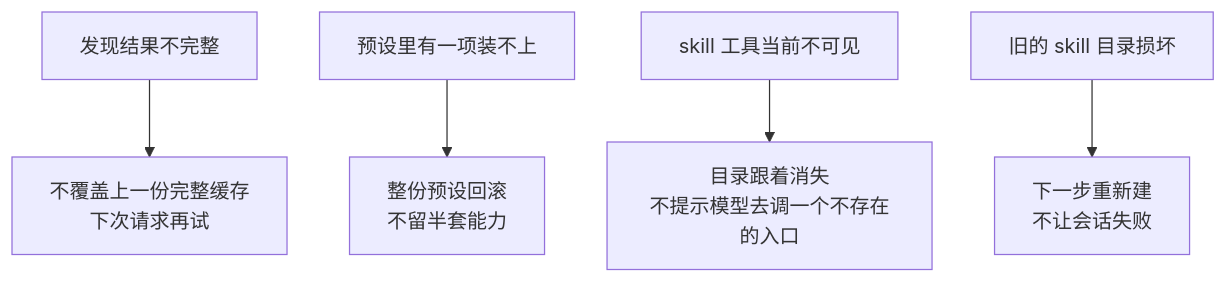
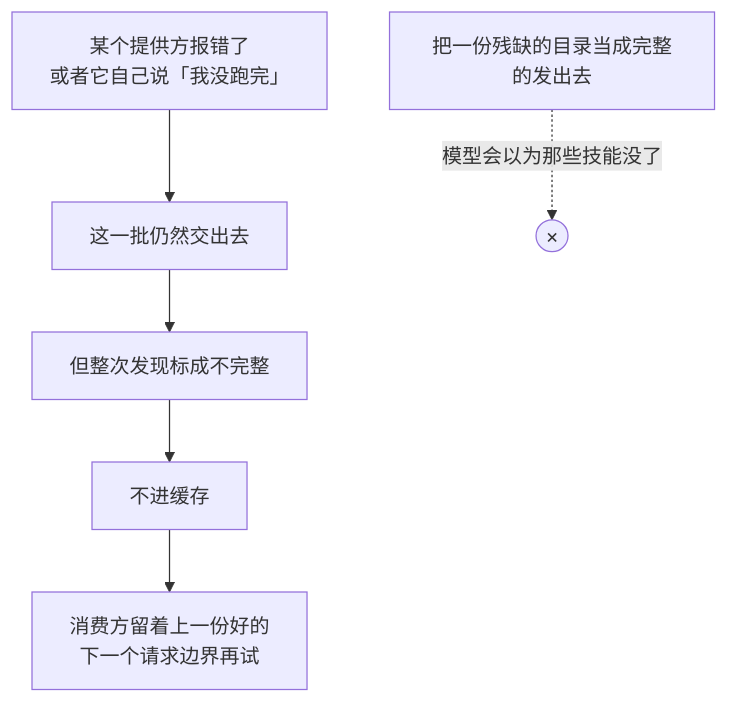
One commit to snight1983/ds-harness-go changed diagram 11 of 31 in docs/modules/skill.md. Above: the diagram before and after it, drawn with Mermaid. The commit also changed other lines of this file and 43 other files, not shown here.

Commit message:
docs: 图解架构与模块设计

````diff
--- a/docs/modules/skill.md
+++ b/docs/modules/skill.md
@@ -85,7 +115,8 @@
 ```mermaid
-flowchart TB
-    A["发现结果不完整"] --> A2["不覆盖上一份完整缓存<br/>下次请求再试"]
-    B["预设里有一项装不上"] --> B2["整份预设回滚<br/>不留半套能力"]
-    C["skill 工具当前不可见"] --> C2["目录跟着消失<br/>不提示模型去调一个不存在的入口"]
-    D["旧的 skill 目录损坏"] --> D2["下一步重新建<br/>不让会话失败"]
+flowchart TD
+    A["某个提供方报错了<br/>或者它自己说「我没跑完」"] --> B["这一批仍然交出去"]
+    B --> C["但整次发现标成不完整"]
+    C --> D["不进缓存"]
+    D --> E["消费方留着上一份好的<br/>下一个请求边界再试"]
+    F["把一份残缺的目录当成完整的发出去"] -.->|"模型会以为那些技能没了"| G(("×"))
 ```
````
